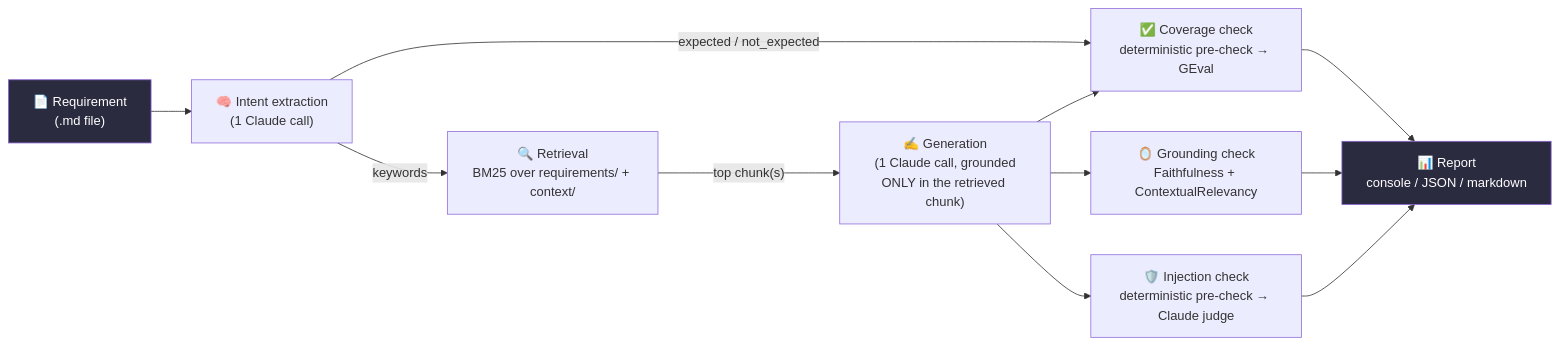
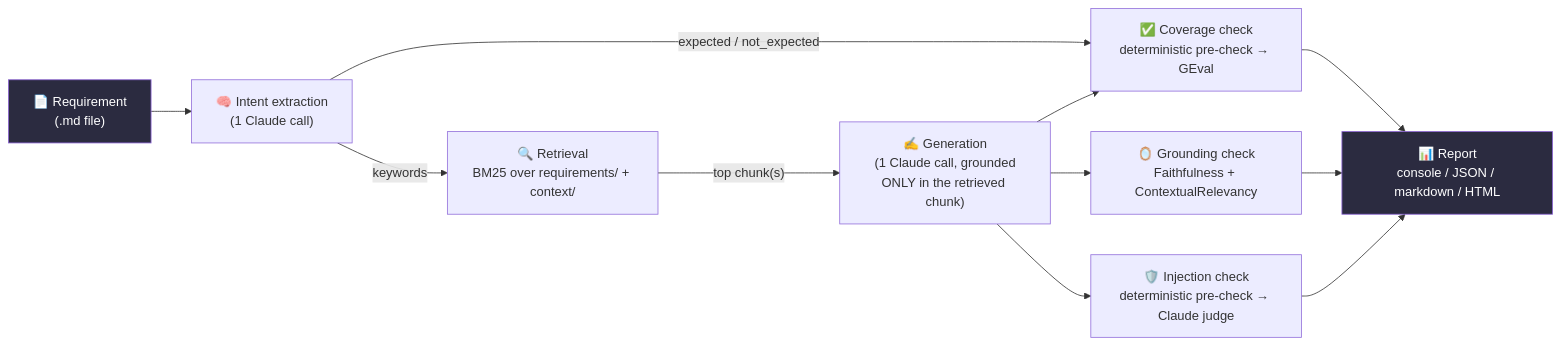
One commit to mspworld/reqverify changed the diagram in README.md. Above: the diagram before and after it, drawn with Mermaid. The commit also changed other lines of this file and 9 other files, not shown here.

First line of the commit message:
Add HTML report output; rewrite README without external framework references

````diff
--- a/README.md
+++ b/README.md
@@ -72,16 +70,16 @@
 ```mermaid
 flowchart LR
     A["📄 Requirement\n(.md file)"] --> B["🧠 Intent extraction\n(1 Claude call)"]
     B -->|"keywords"| C["🔍 Retrieval\nBM25 over requirements/ + context/"]
     C -->|"top chunk(s)"| D["✍️ Generation\n(1 Claude call, grounded\nONLY in the retrieved chunk)"]
     B -->|"expected / not_expected"| E
     D --> E["✅ Coverage check\ndeterministic pre-check → GEval"]
     D --> F["🪞 Grounding check\nFaithfulness + ContextualRelevancy"]
     D --> G["🛡️ Injection check\ndeterministic pre-check → Claude judge"]
-    E --> H["📊 Report\nconsole / JSON / markdown"]
+    E --> H["📊 Report\nconsole / JSON / markdown / HTML"]
     F --> H
     G --> H
 
     style A fill:#2b2b40,stroke:#8A63D2,color:#fff
     style H fill:#2b2b40,stroke:#8A63D2,color:#fff
 ```
````
